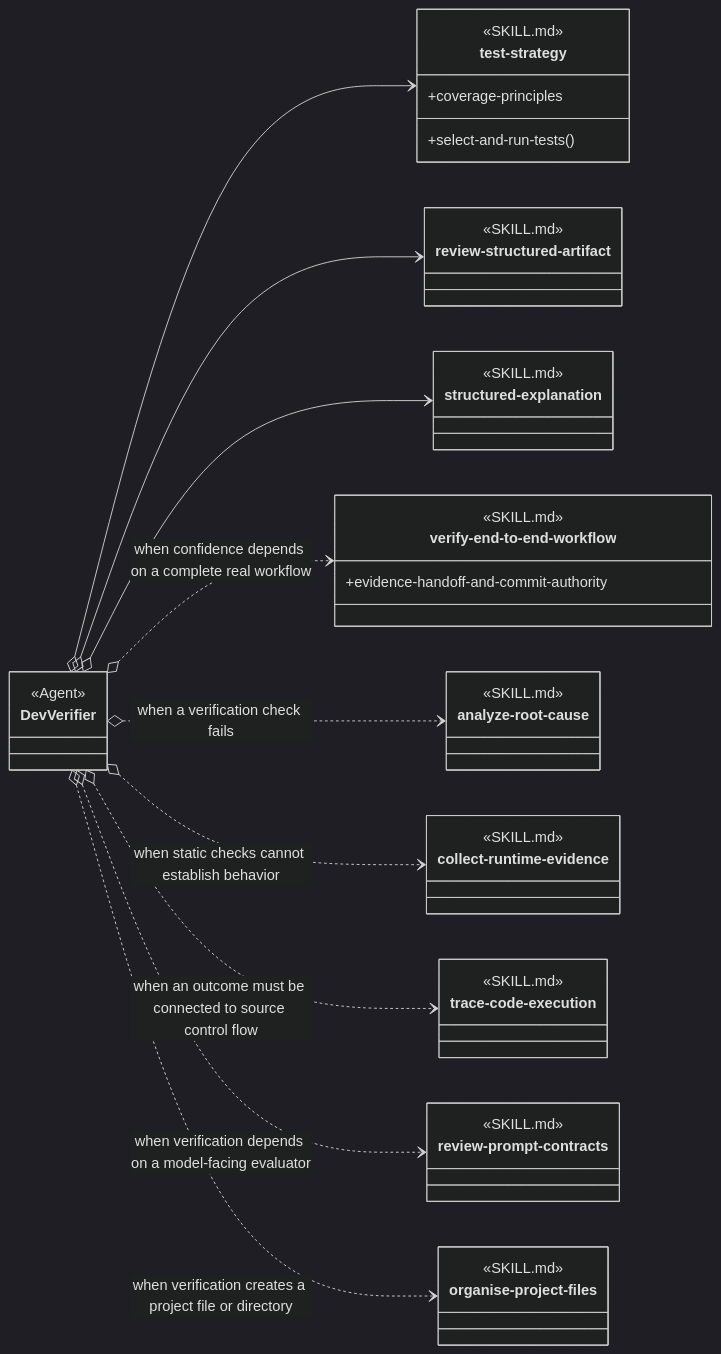
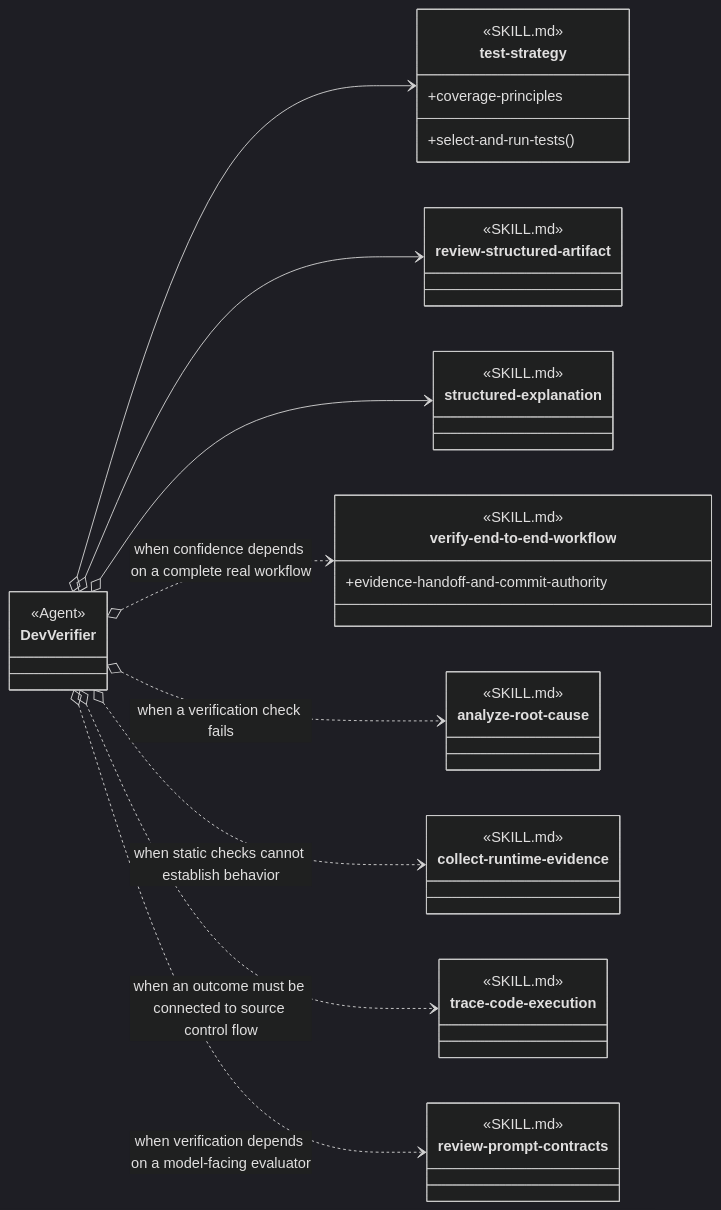
Before and after one commit to martinbechard/dev-methodology: the third of 6 diagrams in design/agents/review-and-verification.md, drawn with Mermaid (dark theme). The commit also changed other lines of this file and 140 other files, not shown here.

````diff
--- a/design/agents/review-and-verification.md
+++ b/design/agents/review-and-verification.md
@@ -106,57 +101,52 @@
 ```mermaid
 classDiagram
     direction LR
 
     class DevVerifier {
         <<Agent>>
     }
     class test-strategy {
         <<SKILL.md>>
         <<Agent Skill>>
         +select-and-run-tests()
         +coverage-principles
     }
     class review-structured-artifact {
         <<SKILL.md>>
         <<Cross-group>>
     }
     class structured-explanation {
         <<SKILL.md>>
         <<Cross-group>>
     }
     class verify-end-to-end-workflow {
         <<SKILL.md>>
         <<Agent Skill>>
         +evidence-handoff-and-commit-authority
     }
     class analyze-root-cause {
         <<SKILL.md>>
         <<Agent Skill>>
     }
     class collect-runtime-evidence {
         <<SKILL.md>>
         <<Agent Skill>>
     }
     class trace-code-execution {
         <<SKILL.md>>
         <<Agent Skill>>
     }
     class review-prompt-contracts {
         <<SKILL.md>>
         <<Agent Skill>>
     }
-    class organise-project-files {
-        <<SKILL.md>>
-        <<Cross-group>>
-    }
 
     DevVerifier o--> test-strategy
     DevVerifier o--> review-structured-artifact
     DevVerifier o--> structured-explanation
     DevVerifier o..> verify-end-to-end-workflow : when confidence depends on a complete real workflow
     DevVerifier o..> analyze-root-cause : when a verification check fails
     DevVerifier o..> collect-runtime-evidence : when static checks cannot establish behavior
     DevVerifier o..> trace-code-execution : when an outcome must be connected to source control flow
     DevVerifier o..> review-prompt-contracts : when verification depends on a model-facing evaluator
-    DevVerifier o..> organise-project-files : when verification creates a project file or directory
 ```
````
